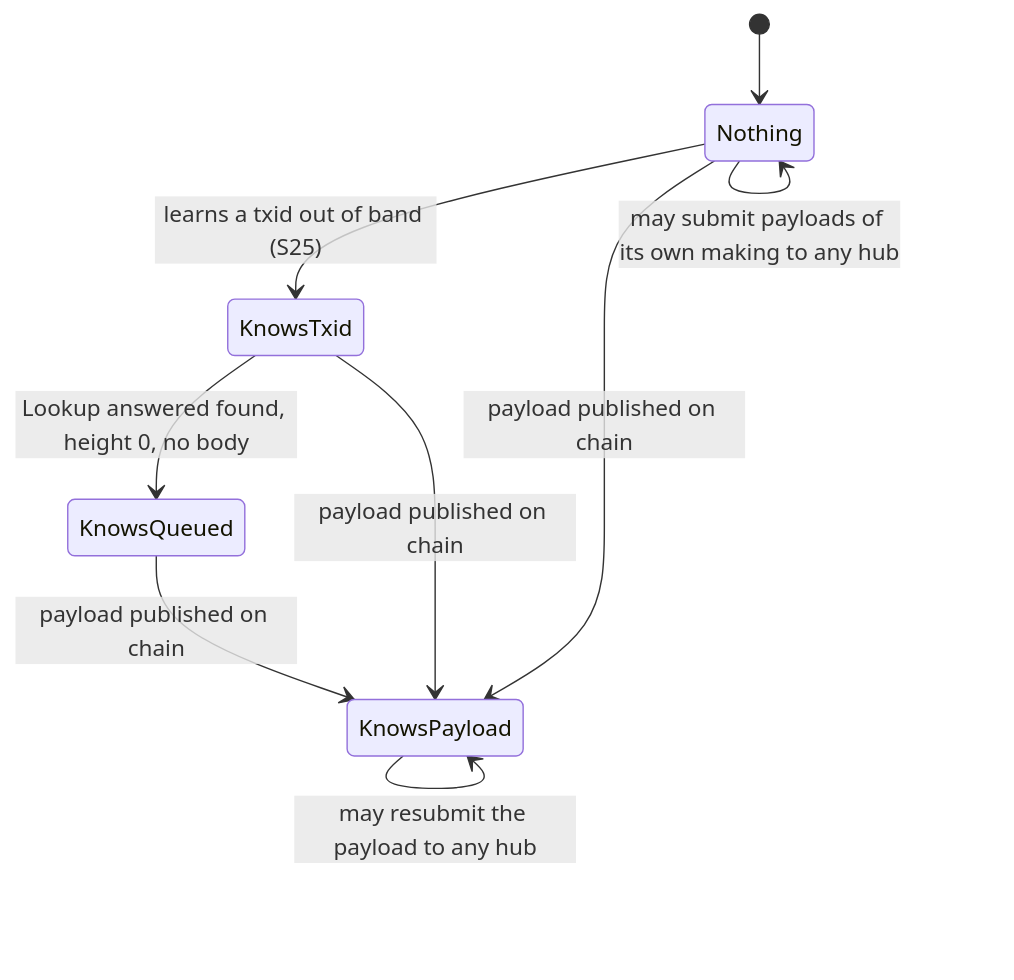
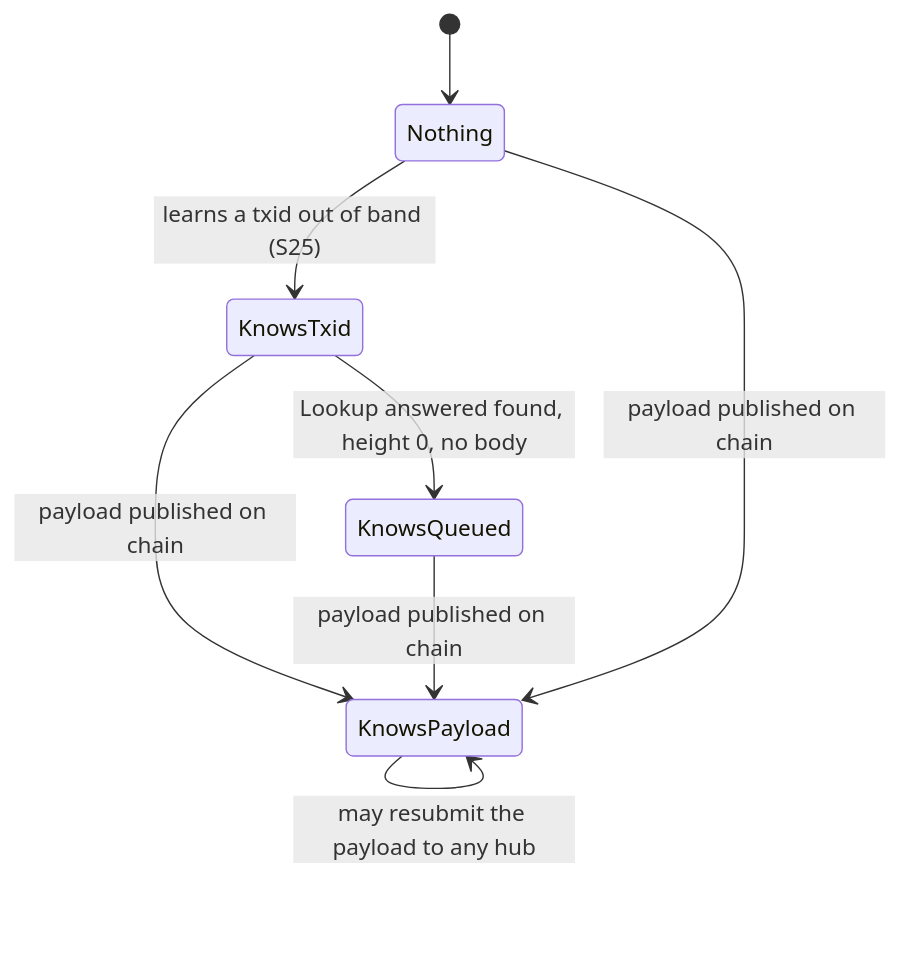
The eighth of 10 diagrams in zeronym/spec/protocol/README.md (ShieldedLabs/zero), drawn with Mermaid before and after one commit. The commit also changed other lines of this file and 4 other files, not shown here.

Commit message:
test(zeronym): cut the third party's own payloads

````diff
--- a/zeronym/spec/protocol/README.md
+++ b/zeronym/spec/protocol/README.md
@@ -368,11 +369,10 @@
 ```mermaid
 stateDiagram-v2
     [*] --> Nothing
     Nothing --> KnowsTxid: learns a txid out of band (S25)
     KnowsTxid --> KnowsQueued: Lookup answered found, height 0, no body
     KnowsTxid --> KnowsPayload: payload published on chain
     KnowsQueued --> KnowsPayload: payload published on chain
     Nothing --> KnowsPayload: payload published on chain
     KnowsPayload --> KnowsPayload: may resubmit the payload to any hub
-    Nothing --> Nothing: may submit payloads of its own making to any hub
 ```
````
